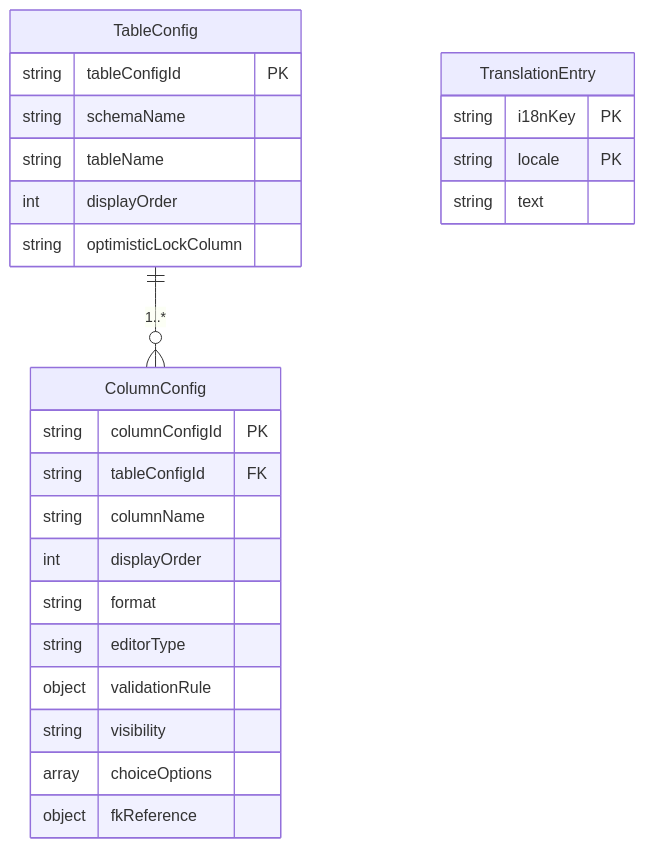
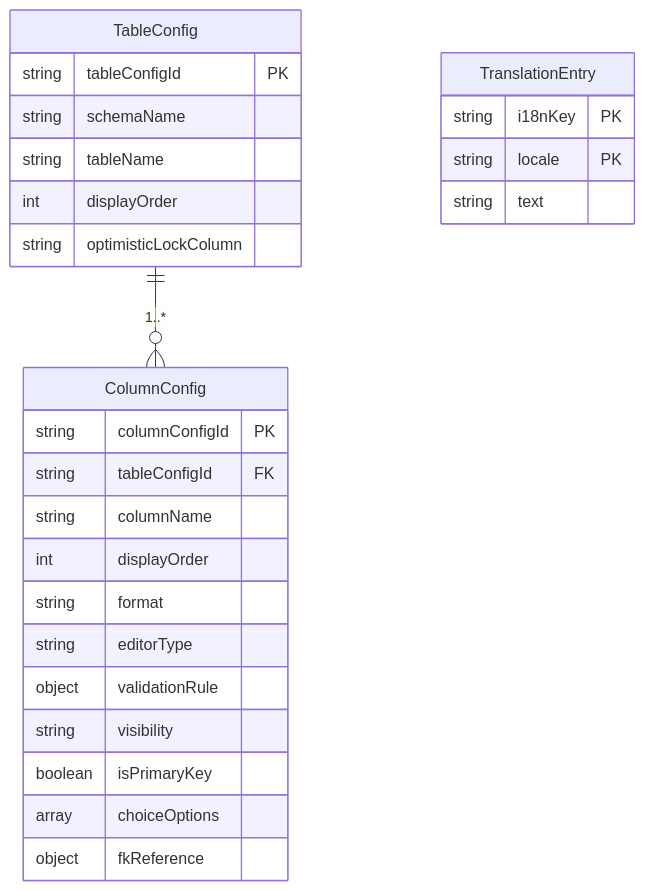
Before and after one commit to agwlvssainokuni/mastersmith: the diagram in aidlc/spaces/default/intents/260910-master-mgmt-app/construction/config-engine/functional-design/functional-spec.md, drawn with Mermaid. The commit also changed other lines of this file and 9 other files, not shown here.

````diff
--- a/aidlc/spaces/default/intents/260910-master-mgmt-app/construction/config-engine/functional-design/functional-spec.md
+++ b/aidlc/spaces/default/intents/260910-master-mgmt-app/construction/config-engine/functional-design/functional-spec.md
@@ -74,28 +74,29 @@
 ```mermaid
 erDiagram
     TableConfig ||--o{ ColumnConfig : "1..*"
     TableConfig {
         string tableConfigId PK
         string schemaName
         string tableName
         int displayOrder
         string optimisticLockColumn
     }
     ColumnConfig {
         string columnConfigId PK
         string tableConfigId FK
         string columnName
         int displayOrder
         string format
         string editorType
         object validationRule
         string visibility
+        boolean isPrimaryKey
         array choiceOptions
         object fkReference
     }
     TranslationEntry {
         string i18nKey PK
         string locale PK
         string text
     }
 ```
````
